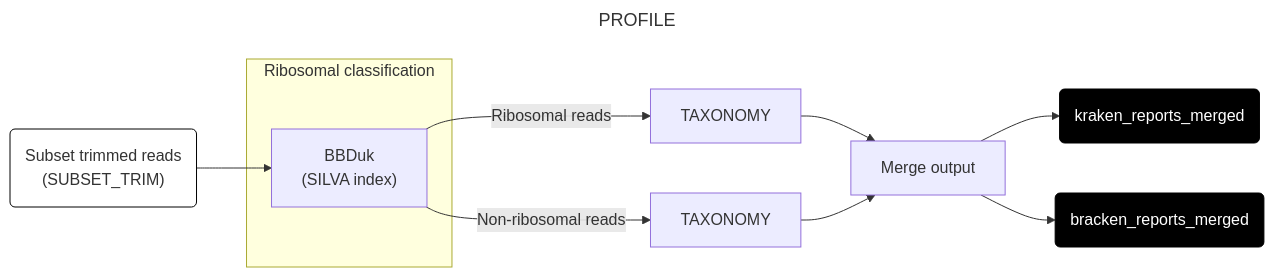
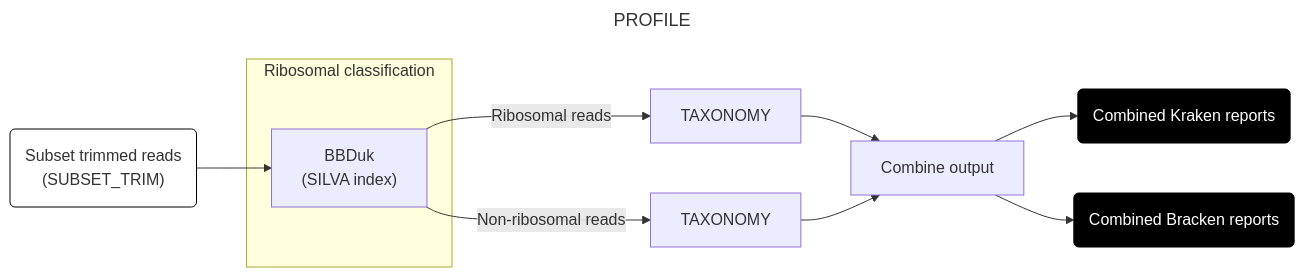
One commit to naobservatory/mgs-workflow changed the sixth of 8 diagrams in docs/run.md. Above: the diagram before and after it, drawn with Mermaid. The commit also changed other lines of this file, not shown here.

````diff
--- a/docs/run.md
+++ b/docs/run.md
@@ -216,21 +212,21 @@
 ```mermaid
 ---
 title: PROFILE
 config:
   layout: horizontal
 ---
 flowchart LR
 A("Subset trimmed reads <br> (SUBSET_TRIM)") --> B["BBDuk <br> (SILVA index)"]
 B --> |Ribosomal reads| C[TAXONOMY]
 B --> |Non-ribosomal reads| D[TAXONOMY]
-C --> E[Merge output]
+C --> E[Combine output]
 D --> E
-E --> F(kraken_reports_merged)
-E --> G(bracken_reports_merged)
+E --> F(Combined Kraken reports)
+E --> G(Combined Bracken reports)
 subgraph "Ribosomal classification"
 B
 end
 style A fill:#fff,stroke:#000
 style F fill:#000,color:#fff,stroke:#000
 style G fill:#000,color:#fff,stroke:#000
 ```
````
